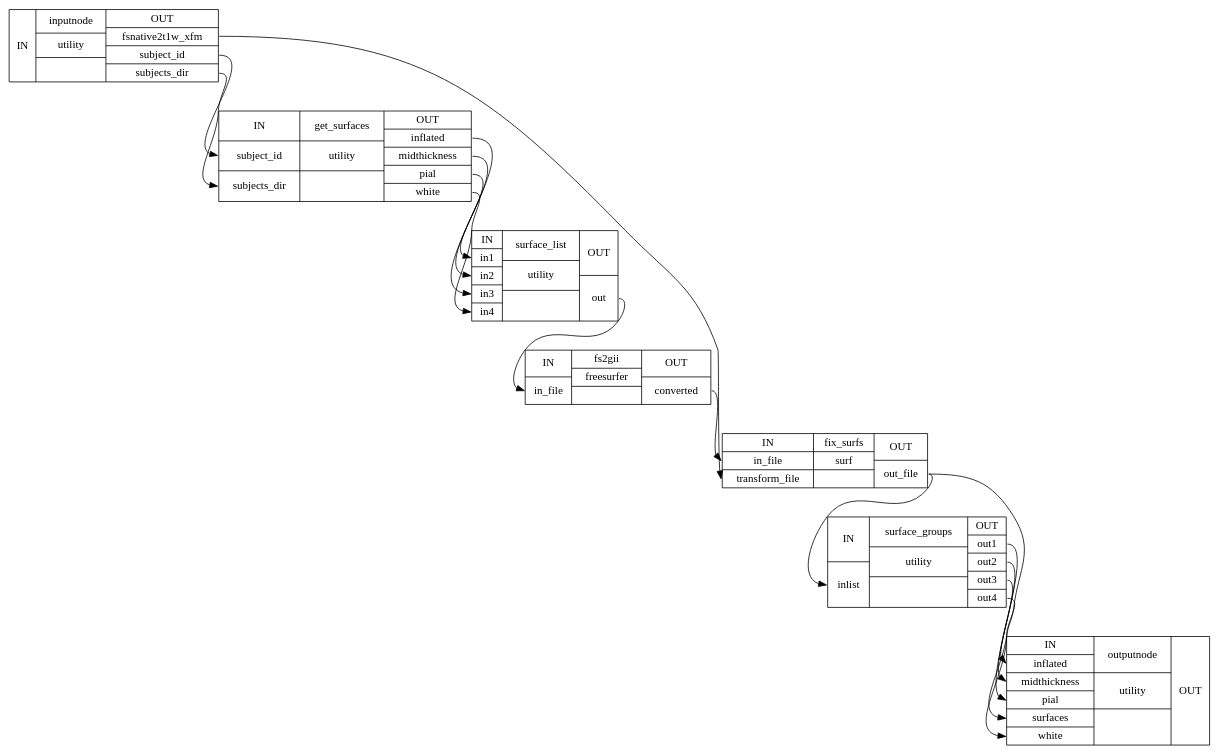
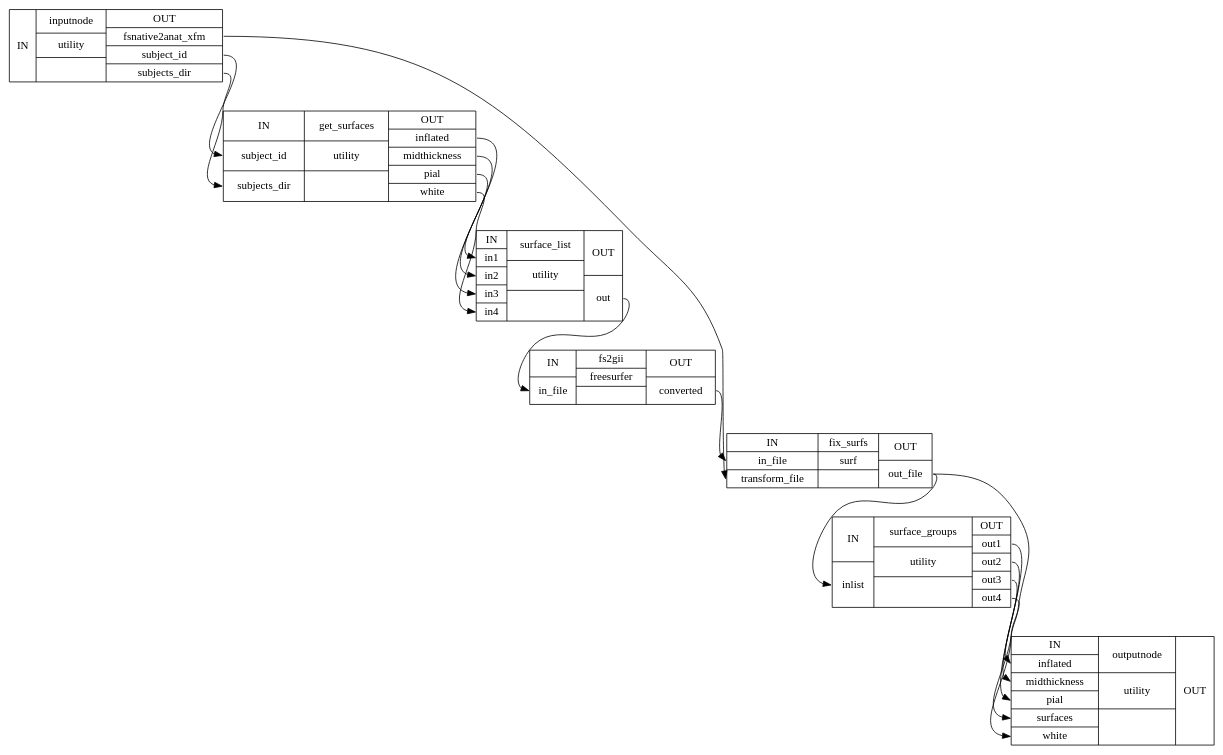
Before and after one commit to laviniawuensch/smriprep: the diagram in wf_directive/api/gifti_surface_wf/smriprep-workflows-surfaces-4_detailed.dot, drawn with Graphviz. The commit also changed 2568 other files, not shown here.

```diff
--- a/wf_directive/api/gifti_surface_wf/smriprep-workflows-surfaces-4_detailed.dot
+++ b/wf_directive/api/gifti_surface_wf/smriprep-workflows-surfaces-4_detailed.dot
@@ -1,25 +1,25 @@
 digraph structs {
 node [shape=record];
-gifti_surface_wfinputnode [label="{IN}|{ inputnode | utility |  }|{OUT|<outfsnative2t1wxfm> fsnative2t1w_xfm|<outsubjectid> subject_id|<outsubjectsdir> subjects_dir}"];
+gifti_surface_wfinputnode [label="{IN}|{ inputnode | utility |  }|{OUT|<outfsnative2anatxfm> fsnative2anat_xfm|<outsubjectid> subject_id|<outsubjectsdir> subjects_dir}"];
 gifti_surface_wfget_surfaces [label="{IN|<insubjectid> subject_id|<insubjectsdir> subjects_dir}|{ get_surfaces | utility |  }|{OUT|<outinflated> inflated|<outmidthickness> midthickness|<outpial> pial|<outwhite> white}"];
 gifti_surface_wfsurface_list [label="{IN|<inin1> in1|<inin2> in2|<inin3> in3|<inin4> in4}|{ surface_list | utility |  }|{OUT|<outout> out}"];
 gifti_surface_wffs2gii [label="{IN|<ininfile> in_file}|{ fs2gii | freesurfer |  }|{OUT|<outconverted> converted}"];
 gifti_surface_wffix_surfs [label="{IN|<ininfile> in_file|<intransformfile> transform_file}|{ fix_surfs | surf |  }|{OUT|<outoutfile> out_file}"];
 gifti_surface_wfsurface_groups [label="{IN|<ininlist> inlist}|{ surface_groups | utility |  }|{OUT|<outout1> out1|<outout2> out2|<outout3> out3|<outout4> out4}"];
 gifti_surface_wfoutputnode [label="{IN|<ininflated> inflated|<inmidthickness> midthickness|<inpial> pial|<insurfaces> surfaces|<inwhite> white}|{ outputnode | utility |  }|{OUT}"];
 gifti_surface_wffix_surfs:outoutfile:e -> gifti_surface_wfoutputnode:insurfaces:w;
 gifti_surface_wffix_surfs:outoutfile:e -> gifti_surface_wfsurface_groups:ininlist:w;
 gifti_surface_wffs2gii:outconverted:e -> gifti_surface_wffix_surfs:ininfile:w;
 gifti_surface_wfget_surfaces:outinflated:e -> gifti_surface_wfsurface_list:inin3:w;
 gifti_surface_wfget_surfaces:outmidthickness:e -> gifti_surface_wfsurface_list:inin2:w;
 gifti_surface_wfget_surfaces:outpial:e -> gifti_surface_wfsurface_list:inin1:w;
 gifti_surface_wfget_surfaces:outwhite:e -> gifti_surface_wfsurface_list:inin4:w;
-gifti_surface_wfinputnode:outfsnative2t1wxfm:e -> gifti_surface_wffix_surfs:intransformfile:w;
+gifti_surface_wfinputnode:outfsnative2anatxfm:e -> gifti_surface_wffix_surfs:intransformfile:w;
 gifti_surface_wfinputnode:outsubjectid:e -> gifti_surface_wfget_surfaces:insubjectid:w;
 gifti_surface_wfinputnode:outsubjectsdir:e -> gifti_surface_wfget_surfaces:insubjectsdir:w;
 gifti_surface_wfsurface_groups:outout1:e -> gifti_surface_wfoutputnode:inpial:w;
 gifti_surface_wfsurface_groups:outout2:e -> gifti_surface_wfoutputnode:inmidthickness:w;
 gifti_surface_wfsurface_groups:outout3:e -> gifti_surface_wfoutputnode:ininflated:w;
 gifti_surface_wfsurface_groups:outout4:e -> gifti_surface_wfoutputnode:inwhite:w;
 gifti_surface_wfsurface_list:outout:e -> gifti_surface_wffs2gii:ininfile:w;
 }
```
